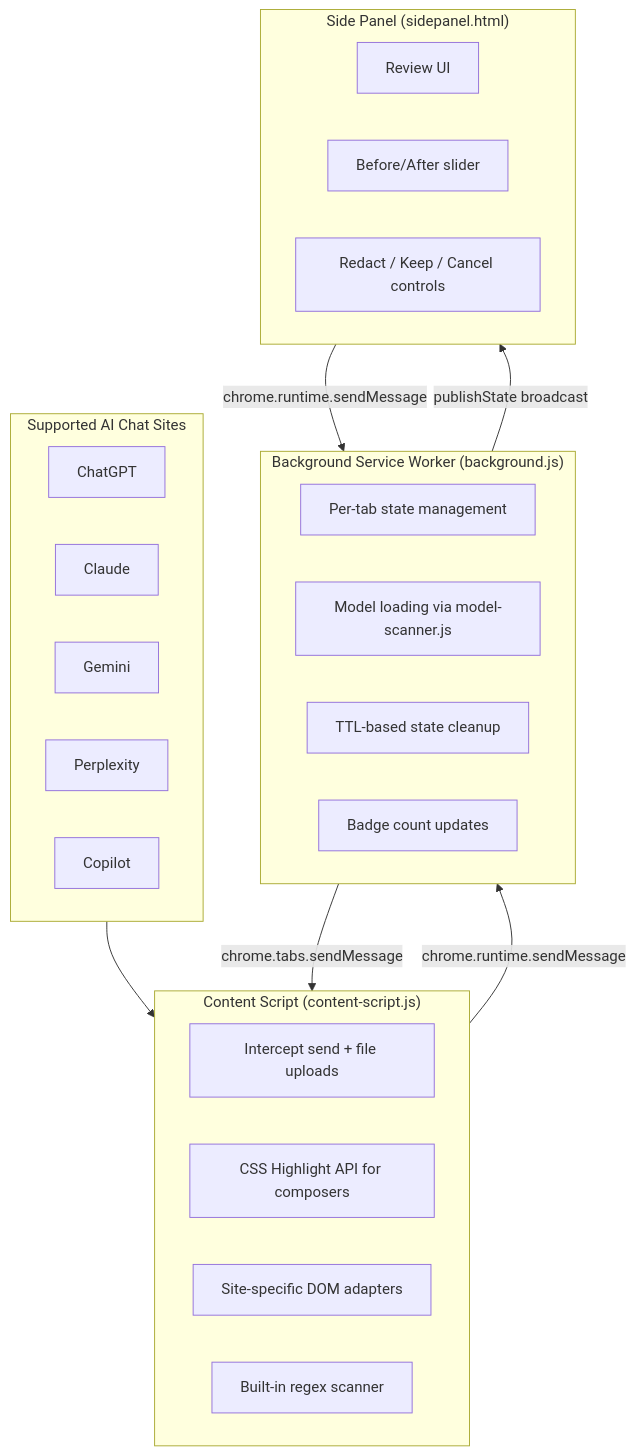
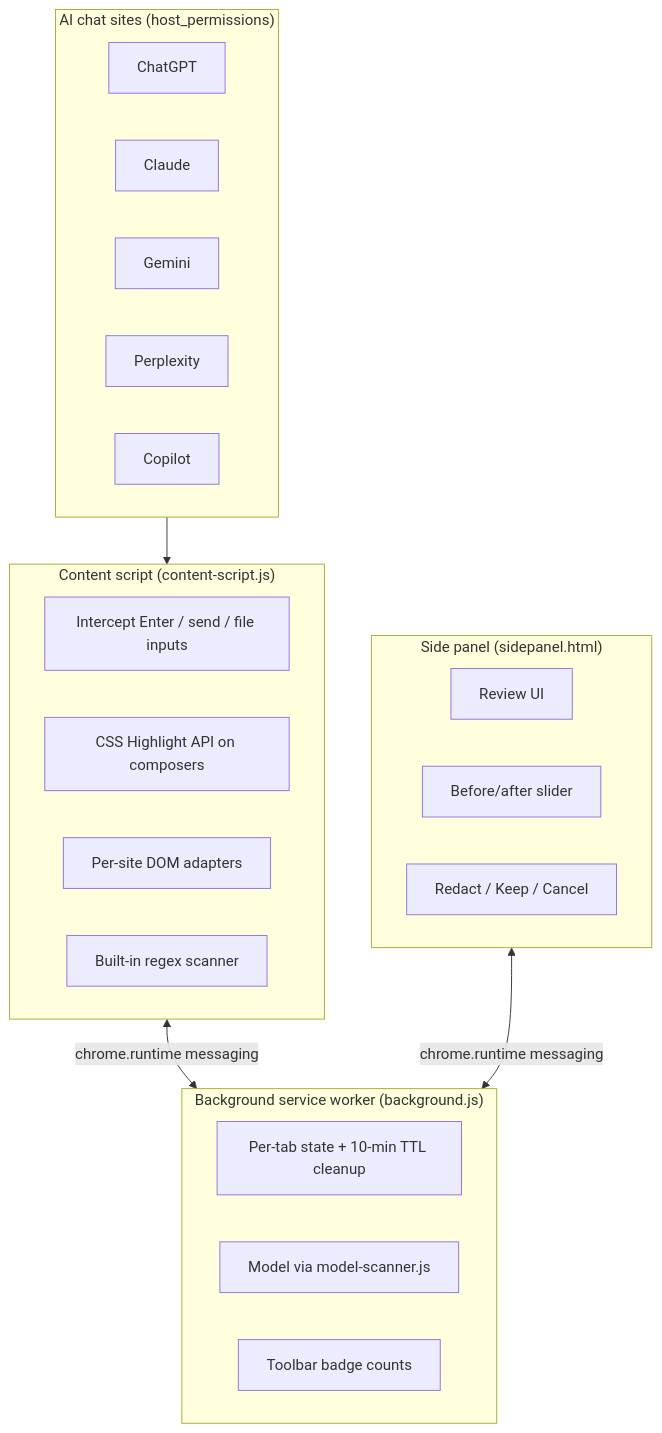
One commit to shitijkarsolia/privacylens changed the fourth of 4 diagrams in docs/ARCHITECTURE.md. Above: the diagram before and after it, drawn with Mermaid. The commit also changed other lines of this file and 5 other files, not shown here.

````diff
--- a/docs/ARCHITECTURE.md
+++ b/docs/ARCHITECTURE.md
@@ -82,36 +168,25 @@
 ```mermaid
 graph TD
-  subgraph Sites["Supported AI Chat Sites"]
-    ChatGPT[ChatGPT]
-    ClaudeAI[Claude]
-    Gemini[Gemini]
-    Perplexity[Perplexity]
-    Copilot[Copilot]
+  subgraph Sites["AI chat sites (host_permissions)"]
+    S1[ChatGPT] & S2[Claude] & S3[Gemini] & S4[Perplexity] & S5[Copilot]
   end
-
-  subgraph ContentScript["Content Script (content-script.js)"]
-    Intercept[Intercept send + file uploads]
-    Highlight[CSS Highlight API for composers]
-    Adapters[Site-specific DOM adapters]
+  subgraph CSb["Content script (content-script.js)"]
+    Intercept[Intercept Enter / send / file inputs]
+    Highlight[CSS Highlight API on composers]
+    Adapters[Per-site DOM adapters]
     RegexCS[Built-in regex scanner]
   end
-
-  subgraph BackgroundSW["Background Service Worker (background.js)"]
-    State[Per-tab state management]
-    ModelLoad[Model loading via model-scanner.js]
-    TTL[TTL-based state cleanup]
-    Badge[Badge count updates]
+  subgraph BGb["Background service worker (background.js)"]
+    State[Per-tab state + 10-min TTL cleanup]
+    ModelLoad[Model via model-scanner.js]
+    Badge[Toolbar badge counts]
   end
-
-  subgraph SidePanel["Side Panel (sidepanel.html)"]
+  subgraph SPb["Side panel (sidepanel.html)"]
     ReviewUI[Review UI]
-    Slider[Before/After slider]
-    Controls[Redact / Keep / Cancel controls]
+    Slider[Before/after slider]
+    Controls[Redact / Keep / Cancel]
   end
-
-  Sites --> ContentScript
-  ContentScript -->|"chrome.runtime.sendMessage"| BackgroundSW
-  BackgroundSW -->|"chrome.tabs.sendMessage"| ContentScript
-  SidePanel -->|"chrome.runtime.sendMessage"| BackgroundSW
-  BackgroundSW -->|"publishState broadcast"| SidePanel
+  Sites --> CSb
+  CSb <-->|chrome.runtime messaging| BGb
+  SPb <-->|chrome.runtime messaging| BGb
 ```
````
